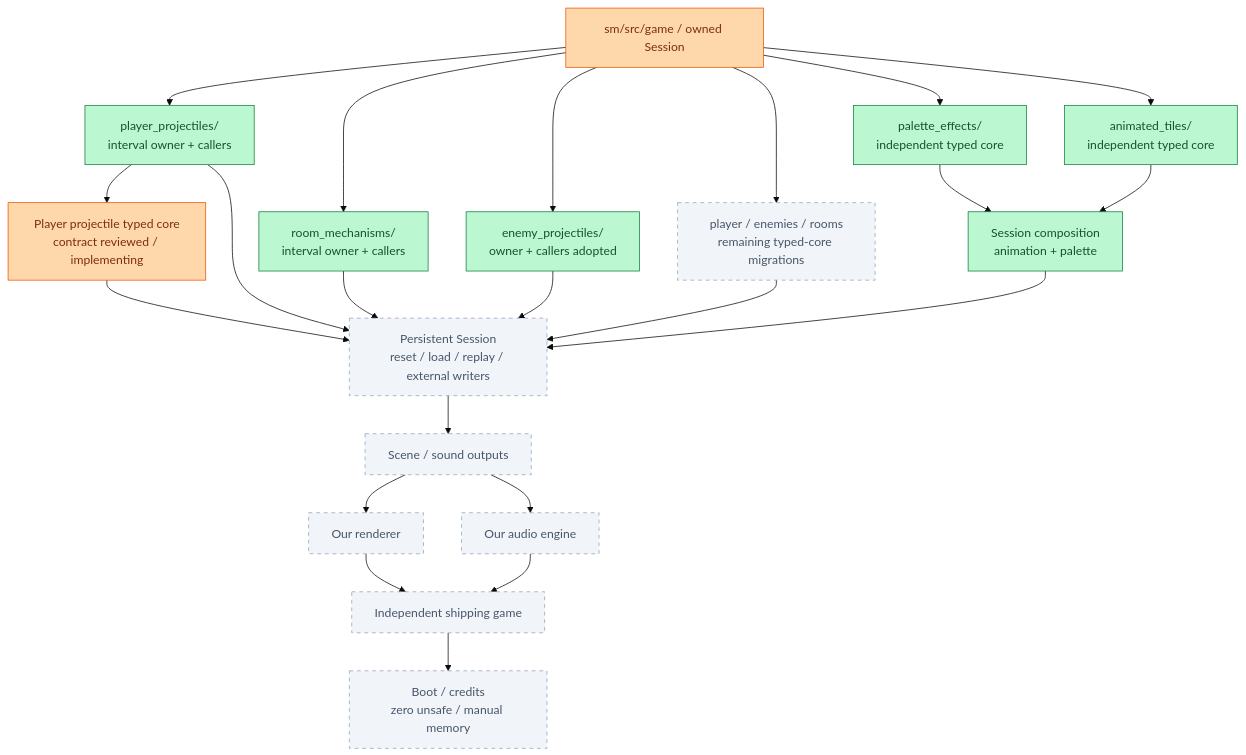
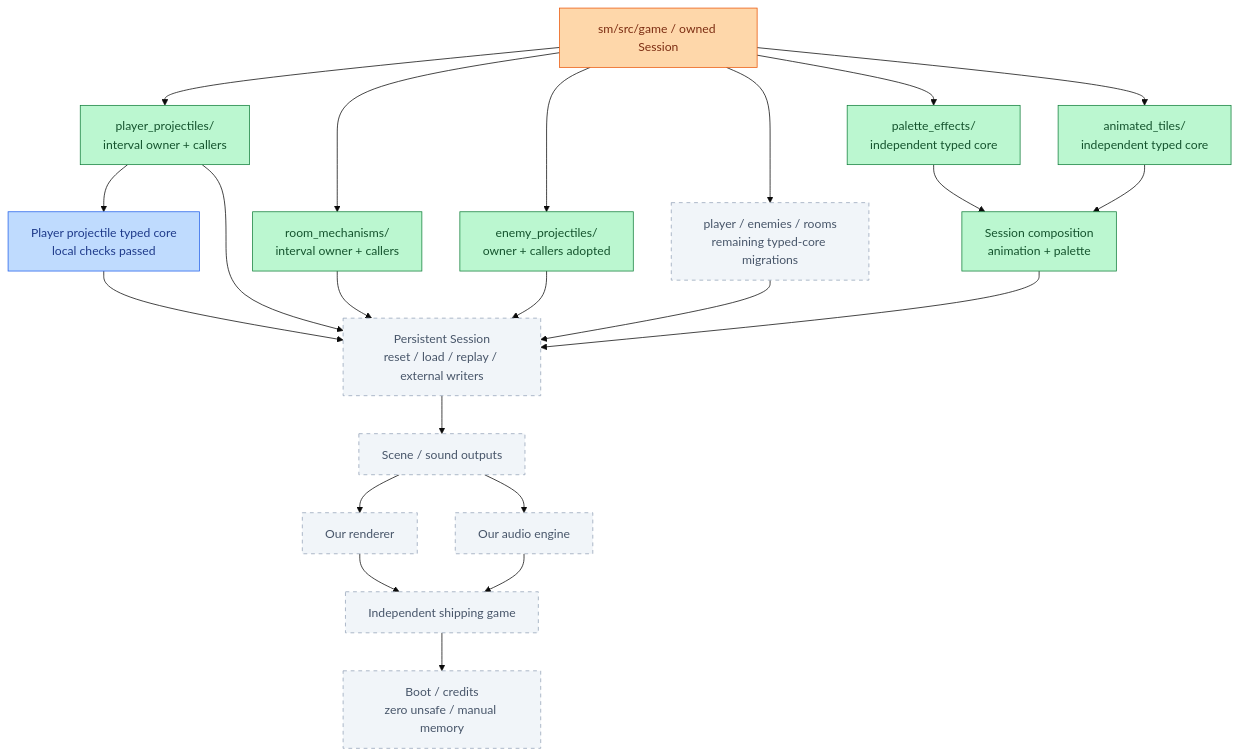
One commit to JimLundin/sm-decomp changed the first of 4 diagrams in PROGRESS.md. Above: the diagram before and after it, drawn with Mermaid (base theme). The commit also changed other lines of this file and 61 other files, not shown here.

First line of the commit message:
Consolidate player projectiles into typed core; comparisons and 11549 frames pass

````diff
--- a/PROGRESS.md
+++ b/PROGRESS.md
@@ -7,39 +7,39 @@
 ```mermaid
 flowchart TB
     ROOT["sm/src/game / owned Session"]:::active
     ROOT --> PP
     ROOT --> RM
     ROOT --> PAL
     ROOT --> ANIM
     ROOT --> ENEMY
-    PP --> PCORE["Player projectile typed core<br/>contract reviewed / implementing"]:::active
+    PP --> PCORE["Player projectile typed core<br/>local checks passed"]:::checked
     PCORE --> PERSIST
     ROOT --> REST
     PP["player_projectiles/<br/>interval owner + callers"]:::done
     RM["room_mechanisms/<br/>interval owner + callers"]:::done
     PAL["palette_effects/<br/>independent typed core"]:::done
     ANIM["animated_tiles/<br/>independent typed core"]:::done
     ENEMY["enemy_projectiles/<br/>owner + callers adopted"]:::done
     REST["player / enemies / rooms<br/>remaining typed-core migrations"]:::pending
     PP --> PERSIST
     RM --> PERSIST
     PAL --> COMPOSE
     ANIM --> COMPOSE
     ENEMY --> PERSIST
     REST --> PERSIST
     COMPOSE["Session composition<br/>animation + palette"]:::done
     COMPOSE --> PERSIST
     PERSIST["Persistent Session<br/>reset / load / replay / external writers"]:::pending
     PERSIST --> SCENE["Scene / sound outputs"]:::pending
     SCENE --> GPU["Our renderer"]:::pending
     SCENE --> AUDIO["Our audio engine"]:::pending
     GPU --> SHIP["Independent shipping game"]:::pending
     AUDIO --> SHIP
     SHIP --> END["Boot / credits<br/>zero unsafe / manual memory"]:::pending
     classDef done fill:#bbf7d0,stroke:#15803d,color:#14532d
     classDef checked fill:#bfdbfe,stroke:#2563eb,color:#1e3a8a
     classDef active fill:#fed7aa,stroke:#ea580c,color:#7c2d12
     classDef pending fill:#f1f5f9,stroke:#94a3b8,color:#475569,stroke-dasharray:5 5
     classDef changed stroke:#a21caf,stroke-width:5px
 
 ```
````
